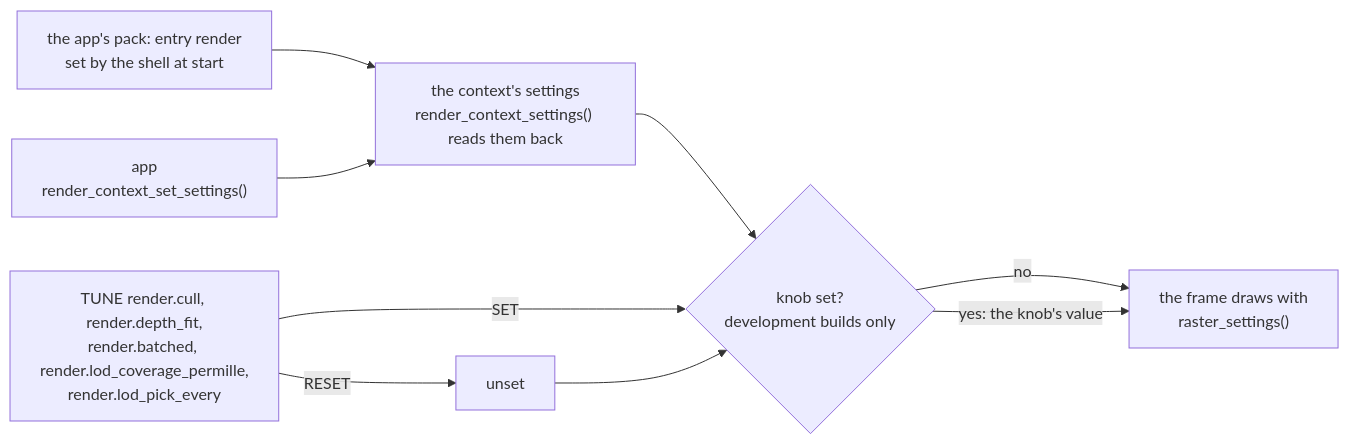
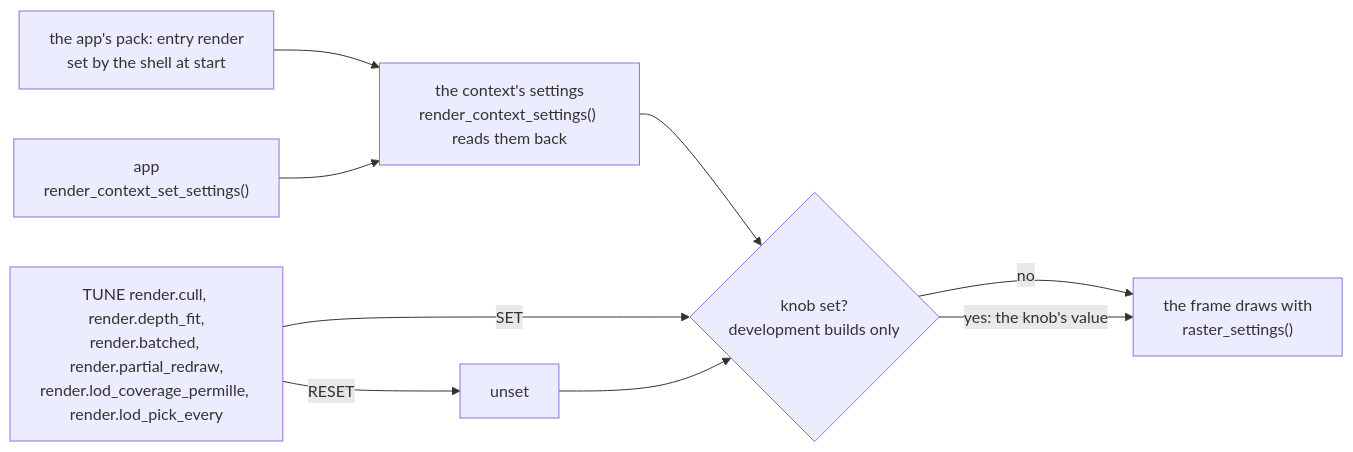
One commit to jose-villegas/autana changed the first of 4 diagrams in docs/render/Render-Settings.md. Above: the diagram before and after it, drawn with Mermaid. The commit also changed other lines of this file and 32 other files, not shown here.

First line of the commit message:
render: partial redraw M1, a still camera redraws only the rows that changed (autana-22gu) (#1481)

````diff
--- a/docs/render/Render-Settings.md
+++ b/docs/render/Render-Settings.md
@@ -14,11 +14,11 @@
 ```mermaid
 flowchart LR
     Asset["the app's pack: entry render<br/>set by the shell at start"] --> Settings
     App["app<br/>render_context_set_settings()"] --> Settings["the context's settings<br/>render_context_settings() reads them back"]
     Settings --> Pick{"knob set?<br/>development builds only"}
-    Knob["TUNE render.cull, render.depth_fit,<br/>render.batched, render.lod_coverage_permille,<br/>render.lod_pick_every"] -->|SET| Pick
+    Knob["TUNE render.cull, render.depth_fit,<br/>render.batched, render.partial_redraw,<br/>render.lod_coverage_permille, render.lod_pick_every"] -->|SET| Pick
     Knob -->|RESET| Unset["unset"]
     Unset --> Pick
     Pick -->|"no"| Frame["the frame draws with<br/>raster_settings()"]
     Pick -->|"yes: the knob's value"| Frame
 ```
````
